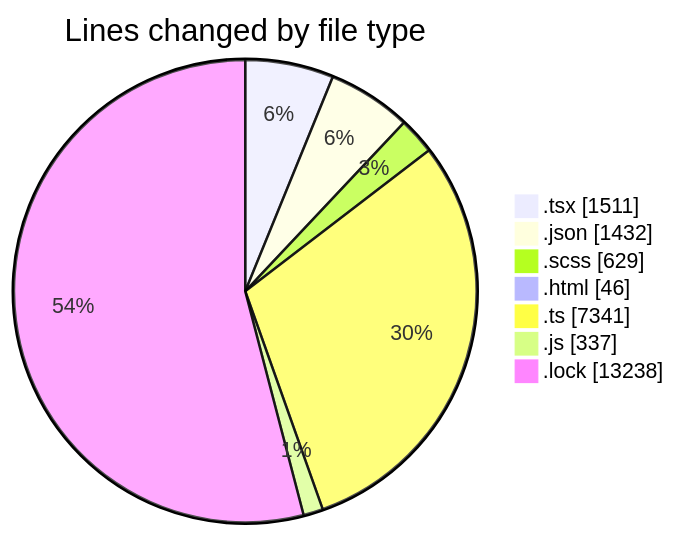
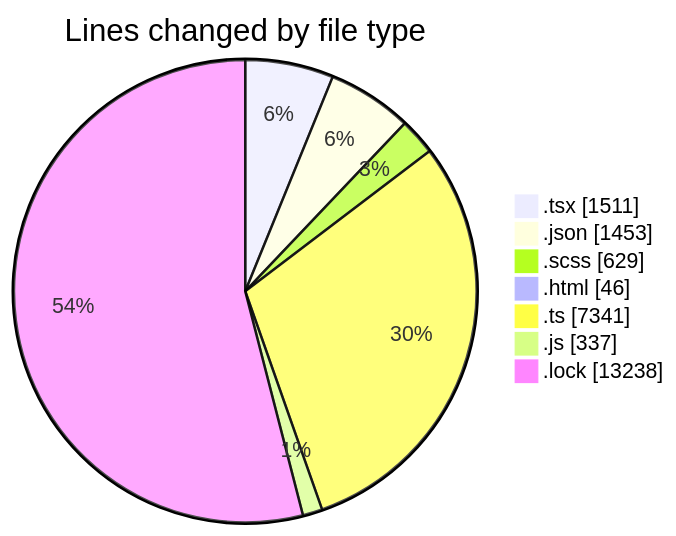
The first of 2 diagrams in 2026-04-14/cda/README.md (momahboobian/code-tracking), drawn with Mermaid before and after one commit. The commit also changed other lines of this file and 1 other file, not shown here.

````diff
--- a/2026-04-14/cda/README.md
+++ b/2026-04-14/cda/README.md
@@ -50,11 +50,11 @@
 ```mermaid
 pie showData
 title Lines changed by file type
 ".tsx" : 1511
-".json" : 1432
+".json" : 1453
 ".scss" : 629
 ".html" : 46
 ".ts" : 7341
 ".js" : 337
 ".lock" : 13238
 ```
````
